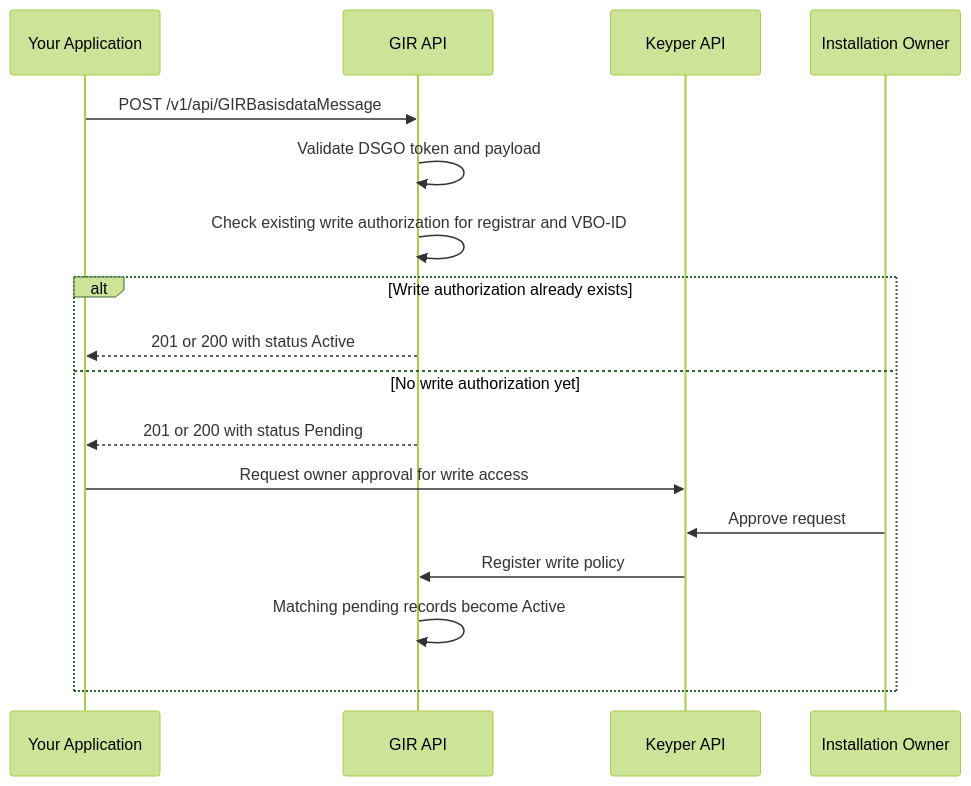
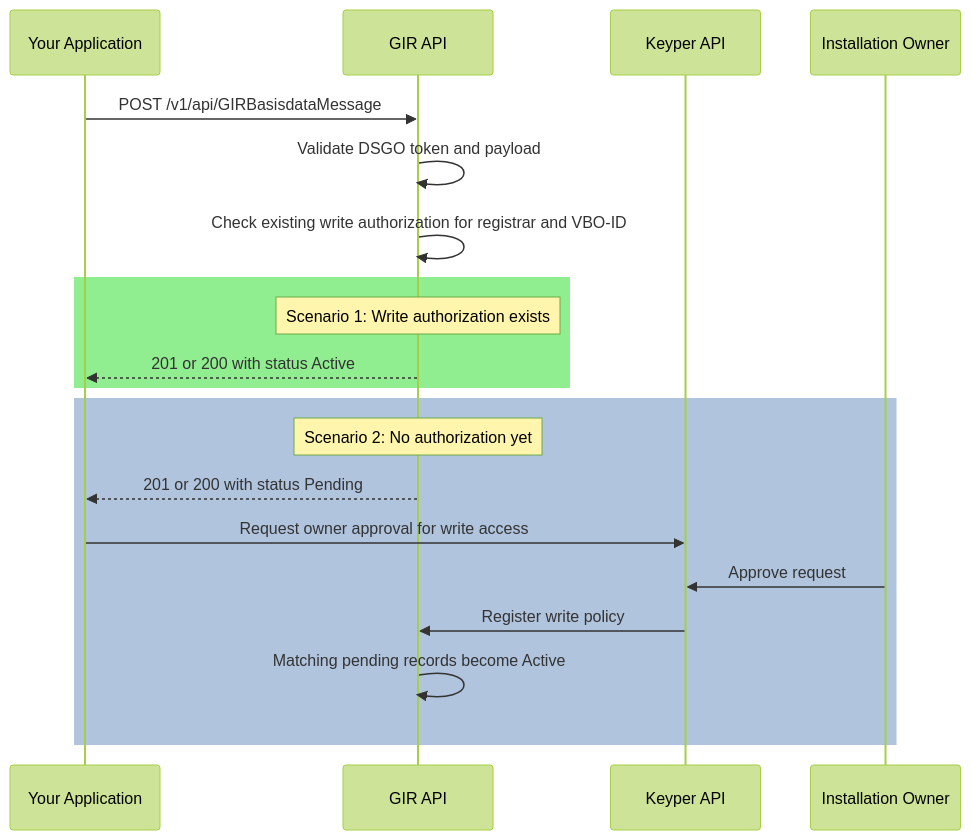
One commit to POORT8/Poort8.Docs changed the diagram in gir/insert-installation.md. Above: the diagram before and after it, drawn with Mermaid (forest theme). The commit also changed other lines of this file and 6 other files, not shown here.

````diff
--- a/gir/insert-installation.md
+++ b/gir/insert-installation.md
@@ -21,20 +23,25 @@
 ```mermaid
 sequenceDiagram
-		participant App as Your Application
-		participant GIR as GIR API
-		participant Keyper as Keyper API
-		participant Owner as Installation Owner
+    participant App as Your Application
+    participant GIR as GIR API
+    participant Keyper as Keyper API
+    participant Owner as Installation Owner
 
-		App->>GIR: POST /v1/api/GIRBasisdataMessage
-		GIR->>GIR: Validate DSGO token and payload
-		GIR->>GIR: Check existing write authorization for registrar and VBO-ID
-		alt Write authorization already exists
-				GIR-->>App: 201 or 200 with status Active
-		else No write authorization yet
-				GIR-->>App: 201 or 200 with status Pending
-				App->>Keyper: Request owner approval for write access
-				Owner->>Keyper: Approve request
-				Keyper->>GIR: Register write policy
-				GIR->>GIR: Matching pending records become Active
-		end
+    App->>GIR: POST /v1/api/GIRBasisdataMessage
+    GIR->>GIR: Validate DSGO token and payload
+    GIR->>GIR: Check existing write authorization for registrar and VBO-ID
+
+    rect rgb(144, 238, 144)
+    note over GIR: Scenario 1: Write authorization exists
+    GIR-->>App: 201 or 200 with status Active
+    end
+
+    rect rgb(176, 196, 222)
+    note over GIR: Scenario 2: No authorization yet
+    GIR-->>App: 201 or 200 with status Pending
+    App->>Keyper: Request owner approval for write access
+    Owner->>Keyper: Approve request
+    Keyper->>GIR: Register write policy
+    GIR->>GIR: Matching pending records become Active
+    end
 ```
````
